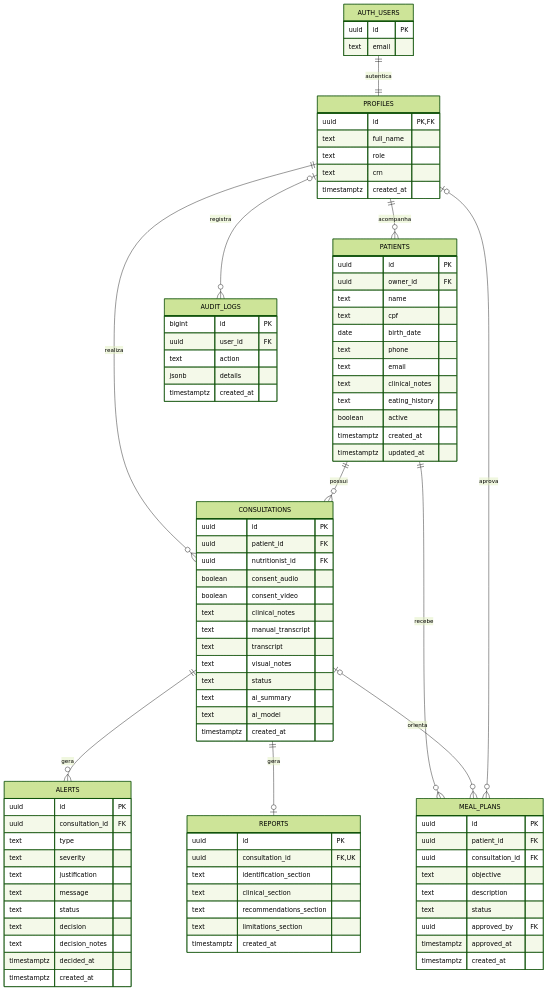
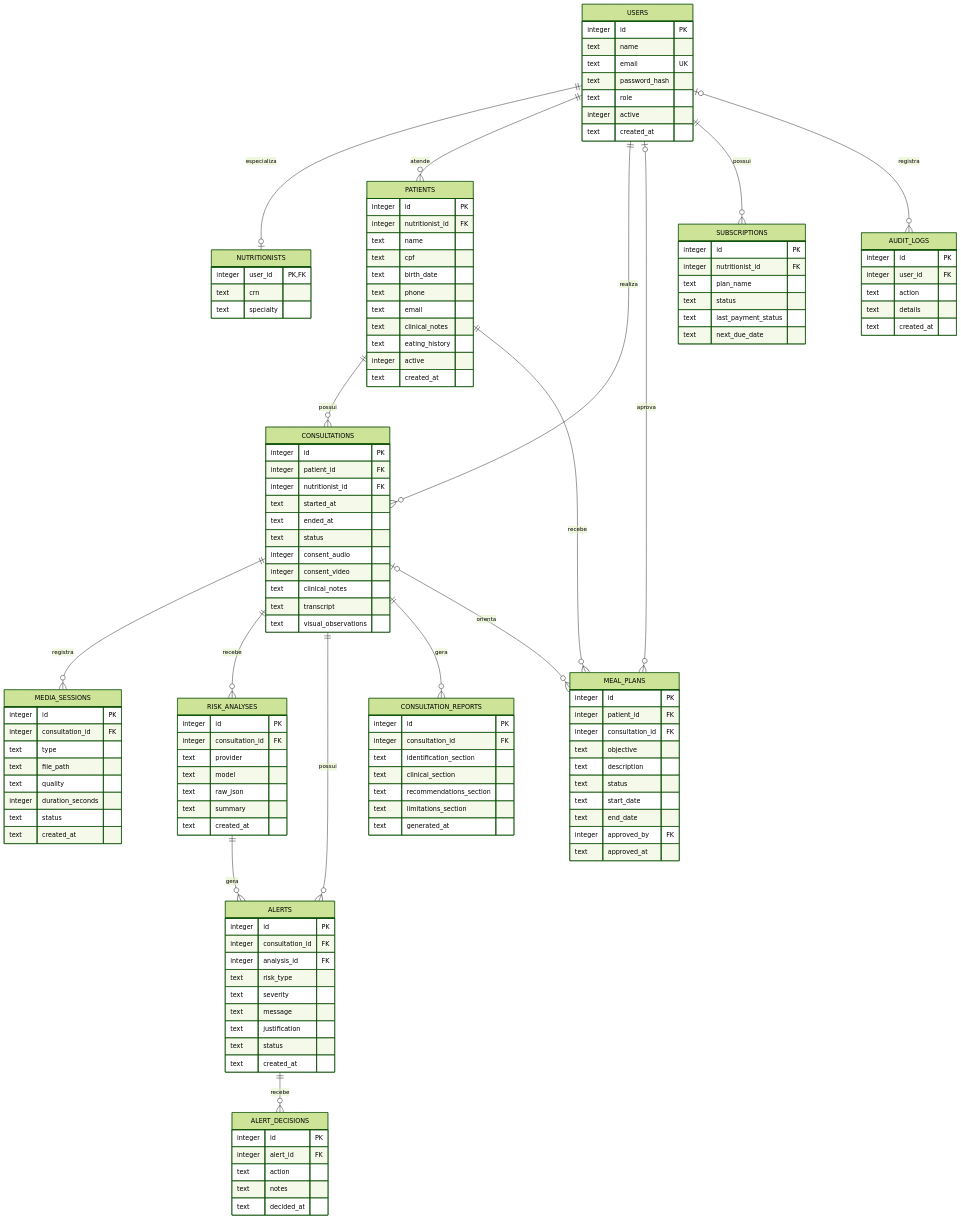
Before and after one commit to karlitus222/nutrimind-mvp-desktop: the diagram in docs/DER.md, drawn with Mermaid (forest theme). The commit also changed other lines of this file and 14 other files, not shown here.

Commit message:
feat: bring web AI flow to desktop

````diff
--- a/docs/DER.md
+++ b/docs/DER.md
@@ -7,101 +5,143 @@
 ```mermaid
 erDiagram
-    AUTH_USERS ||--|| PROFILES : autentica
-    PROFILES ||--o{ PATIENTS : acompanha
-    PROFILES ||--o{ CONSULTATIONS : realiza
+    USERS ||--o| NUTRITIONISTS : especializa
+    USERS ||--o{ PATIENTS : atende
+    USERS ||--o{ CONSULTATIONS : realiza
     PATIENTS ||--o{ CONSULTATIONS : possui
-    CONSULTATIONS ||--o{ ALERTS : gera
-    CONSULTATIONS ||--o| REPORTS : gera
+    CONSULTATIONS ||--o{ MEDIA_SESSIONS : registra
+    CONSULTATIONS ||--o{ RISK_ANALYSES : recebe
+    RISK_ANALYSES ||--o{ ALERTS : gera
+    CONSULTATIONS ||--o{ ALERTS : possui
+    ALERTS ||--o{ ALERT_DECISIONS : recebe
+    CONSULTATIONS ||--o{ CONSULTATION_REPORTS : gera
     PATIENTS ||--o{ MEAL_PLANS : recebe
     CONSULTATIONS o|--o{ MEAL_PLANS : orienta
-    PROFILES o|--o{ MEAL_PLANS : aprova
-    PROFILES o|--o{ AUDIT_LOGS : registra
+    USERS o|--o{ MEAL_PLANS : aprova
+    USERS ||--o{ SUBSCRIPTIONS : possui
+    USERS o|--o{ AUDIT_LOGS : registra
 
-    AUTH_USERS {
-        uuid id PK
-        text email
+    USERS {
+        integer id PK
+        text name
+        text email UK
+        text password_hash
+        text role
+        integer active
+        text created_at
     }
 
-    PROFILES {
-        uuid id PK,FK
-        text full_name
-        text role
+    NUTRITIONISTS {
+        integer user_id PK,FK
         text crn
-        timestamptz created_at
+        text specialty
     }
 
     PATIENTS {
-        uuid id PK
-        uuid owner_id FK
+        integer id PK
+        integer nutritionist_id FK
         text name
         text cpf
-        date birth_date
+        text birth_date
         text phone
         text email
         text clinical_notes
         text eating_history
-        boolean active
-        timestamptz created_at
-        timestamptz updated_at
+        integer active
+        text created_at
     }
 
     CONSULTATIONS {
-        uuid id PK
-        uuid patient_id FK
-        uuid nutritionist_id FK
-        boolean consent_audio
-        boolean consent_video
+        integer id PK
+        integer patient_id FK
+        integer nutritionist_id FK
+        text started_at
+        text ended_at
+        text status
+        integer consent_audio
+        integer consent_video
         text clinical_notes
-        text manual_transcript
         text transcript
-        text visual_notes
+        text visual_observations
+    }
+
+    MEDIA_SESSIONS {
+        integer id PK
+        integer consultation_id FK
+        text type
+        text file_path
+        text quality
+        integer duration_seconds
         text status
-        text ai_summary
-        text ai_model
-        timestamptz created_at
+        text created_at
+    }
+
+    RISK_ANALYSES {
+        integer id PK
+        integer consultation_id FK
+        text provider
+        text model
+        text raw_json
+        text summary
+        text created_at
     }
 
     ALERTS {
-        uuid id PK
-        uuid consultation_id FK
-        text type
+        integer id PK
+        integer consultation_id FK
+        integer analysis_id FK
+        text risk_type
         text severity
+        text message
         text justification
-        text message
         text status
-        text decision
-        text decision_notes
-        timestamptz decided_at
-        timestamptz created_at
+        text created_at
     }
 
-    REPORTS {
-        uuid id PK
-        uuid consultation_id FK,UK
+    ALERT_DECISIONS {
+        integer id PK
+        integer alert_id FK
+        text action
+        text notes
+        text decided_at
+    }
+
+    CONSULTATION_REPORTS {
+        integer id PK
+        integer consultation_id FK
         text identification_section
         text clinical_section
         text recommendations_section
         text limitations_section
-        timestamptz created_at
+        text generated_at
     }
 
     MEAL_PLANS {
-        uuid id PK
-        uuid patient_id FK
-        uuid consultation_id FK
+        integer id PK
+        integer patient_id FK
+        integer consultation_id FK
         text objective
         text description
         text status
-        uuid approved_by FK
-        timestamptz approved_at
-        timestamptz created_at
+        text start_date
+        text end_date
+        integer approved_by FK
+        text approved_at
+    }
+
+    SUBSCRIPTIONS {
+        integer id PK
+        integer nutritionist_id FK
+        text plan_name
+        text status
+        text last_payment_status
+        text next_due_date
     }
 
     AUDIT_LOGS {
-        bigint id PK
-        uuid user_id FK
+        integer id PK
+        integer user_id FK
         text action
-        jsonb details
-        timestamptz created_at
+        text details
+        text created_at
     }
 ```
````
